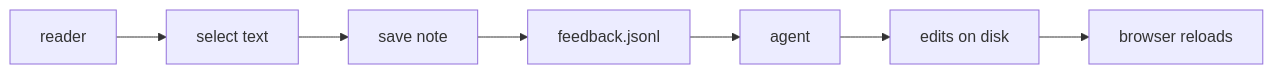
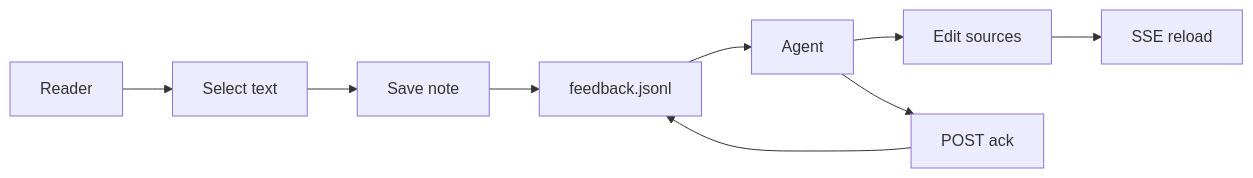
The diagram in docs/peel-overview.md (wnoronha/peel), drawn with Mermaid before and after one commit. The commit also changed other lines of this file and 18 other files, not shown here.

````diff
--- a/docs/peel-overview.md
+++ b/docs/peel-overview.md
@@ -5,9 +18,11 @@
 ```mermaid
 flowchart LR
-  R[reader] --> S[select text]
-  S --> N[save note]
+  R[Reader] --> S[Select text]
+  S --> N[Save note]
   N --> J[feedback.jsonl]
-  J --> A[agent]
-  A --> E[edits on disk]
-  E --> B[browser reloads]
+  J --> A[Agent]
+  A --> E[Edit sources]
+  E --> B[SSE reload]
+  A --> K[POST ack]
+  K --> J
 ```
````
